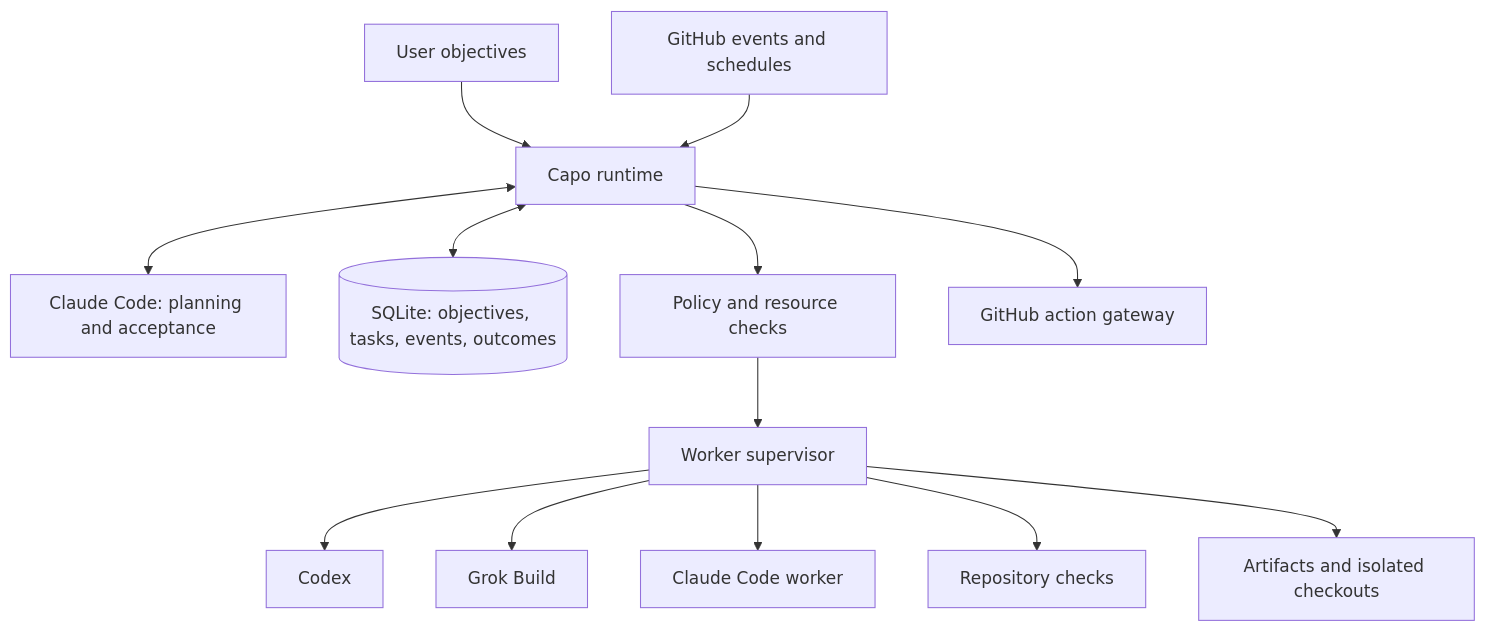
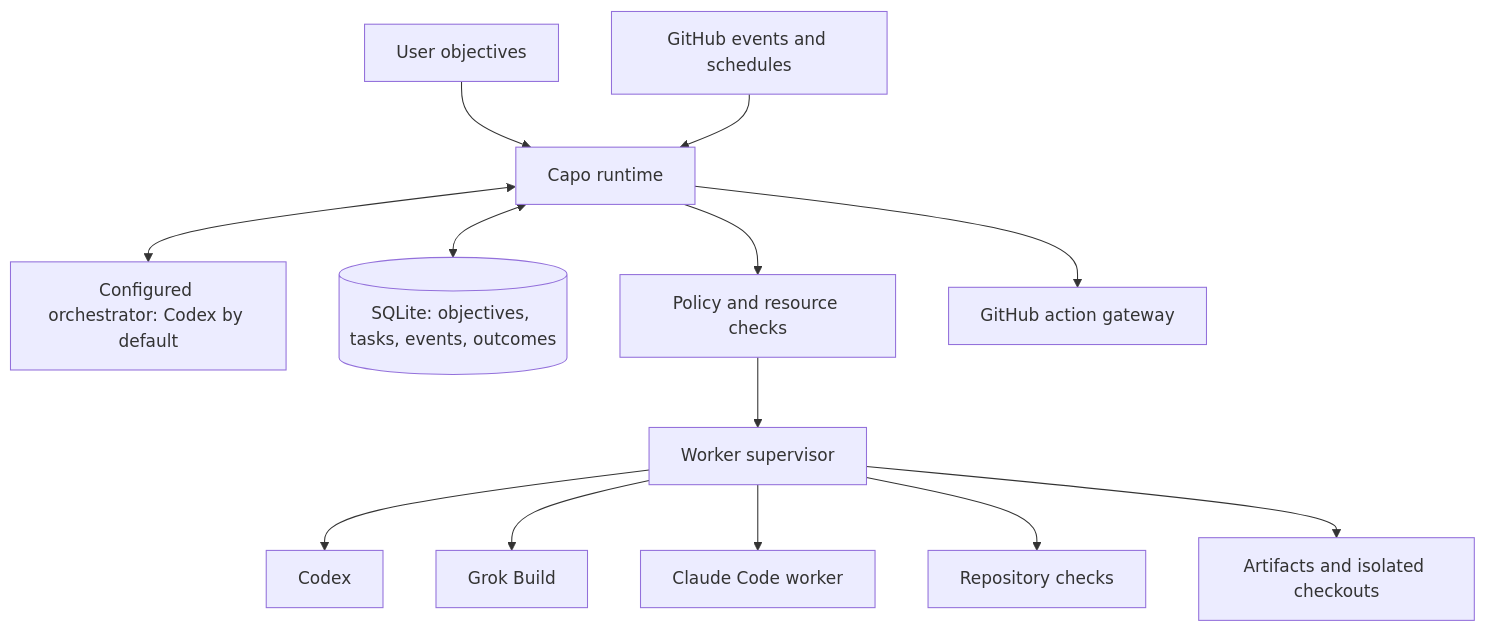
One commit to JLSteenwyk/capo changed the diagram in docs/architecture.md. Above: the diagram before and after it, drawn with Mermaid. The commit also changed other lines of this file and 26 other files, not shown here.

````diff
--- a/docs/architecture.md
+++ b/docs/architecture.md
@@ -13,15 +13,15 @@
 ```mermaid
 flowchart TD
     U[User objectives] --> R[Capo runtime]
     G[GitHub events and schedules] --> R
-    R <--> C[Claude Code: planning and acceptance]
+    R <--> C[Configured orchestrator: Codex by default]
     R <--> D[(SQLite: objectives, tasks, events, outcomes)]
     R --> P[Policy and resource checks]
     P --> W[Worker supervisor]
     W --> X[Codex]
     W --> K[Grok Build]
     W --> A[Claude Code worker]
     W --> T[Repository checks]
     W --> F[Artifacts and isolated checkouts]
     R --> H[GitHub action gateway]
 ```
````
